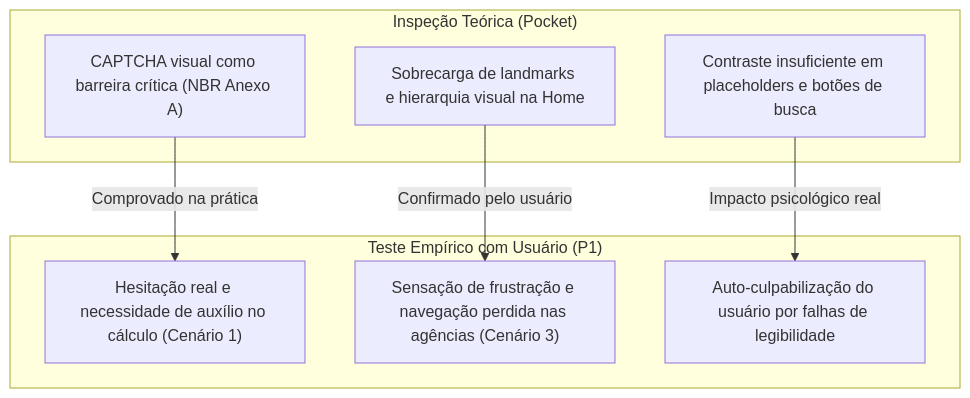
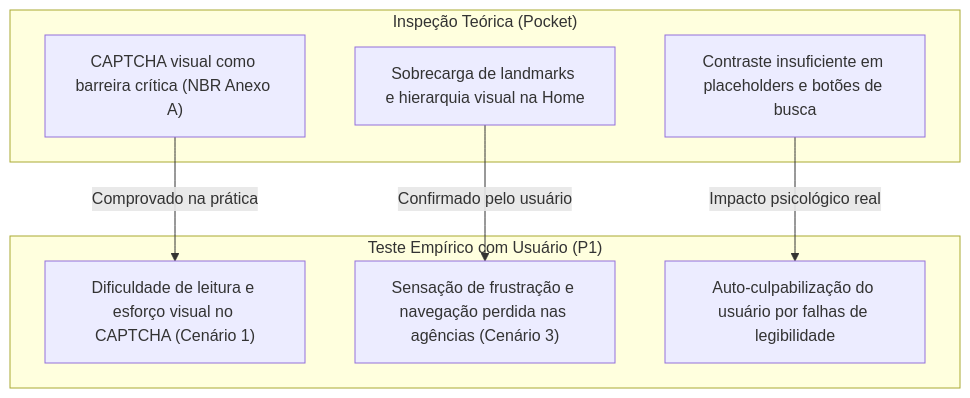
Before and after one commit to UnB-IHC/IHC_2026.2_Grupo04: the diagram in docs/teste-usabilidade/relacao-pocket.md, drawn with Mermaid. The commit also changed other lines of this file and 2 other files, not shown here.

Commit message:
docs: ajustar horario para 19:45 de Brasilia, remover problemas tecnicos e atualizar resolucao autonoma do captcha no cenario 1

````diff
--- a/docs/teste-usabilidade/relacao-pocket.md
+++ b/docs/teste-usabilidade/relacao-pocket.md
@@ -24,16 +24,16 @@
 ```mermaid
 flowchart TD
     subgraph Pocket["Inspeção Teórica (Pocket)"]
         A["CAPTCHA visual como barreira crítica (NBR Anexo A)"]
         B["Sobrecarga de landmarks e hierarquia visual na Home"]
         C["Contraste insuficiente em placeholders e botões de busca"]
     end
     subgraph Teste["Teste Empírico com Usuário (P1)"]
-        D["Hesitação real e necessidade de auxílio no cálculo (Cenário 1)"]
+        D["Dificuldade de leitura e esforço visual no CAPTCHA (Cenário 1)"]
         E["Sensação de frustração e navegação perdida nas agências (Cenário 3)"]
         F["Auto-culpabilização do usuário por falhas de legibilidade"]
     end
     A -->|Comprovado na prática| D
     B -->|Confirmado pelo usuário| E
     C -->|Impacto psicológico real| F
 ```
````
